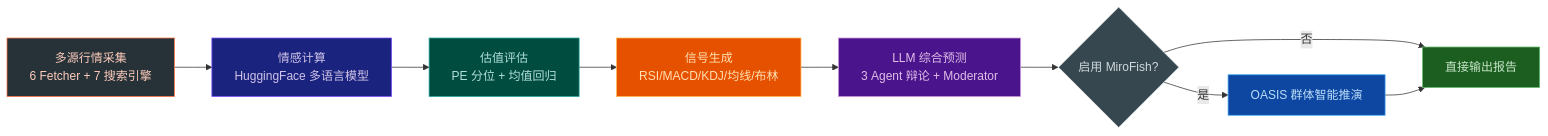
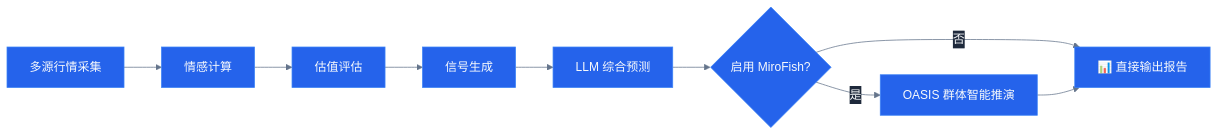
The second of 2 diagrams in README.md (freenowill/stock-fish), drawn with Mermaid before and after one commit. The commit also changed other lines of this file, not shown here.

First line of the commit message:
fix: improve flowchart theme, inline video playback, center layout

````diff
--- a/README.md
+++ b/README.md
@@ -23,20 +26,12 @@
 ```mermaid
+%%{init: {'theme': 'base', 'themeVariables': { 'primaryColor': '#2563eb', 'primaryTextColor': '#f8fafc', 'primaryBorderColor': '#3b82f6', 'lineColor': '#64748b', 'secondaryColor': '#1e293b', 'tertiaryColor': '#334155'}}}%%
 flowchart LR
-  A[多源行情采集<br/>6 Fetcher + 7 搜索引擎] --> B[情感计算<br/>HuggingFace 多语言模型]
-  B --> C[估值评估<br/>PE 分位 + 均值回归]
-  C --> D[信号生成<br/>RSI/MACD/KDJ/均线/布林]
-  D --> E[LLM 综合预测<br/>3 Agent 辩论 + Moderator]
+  A[多源行情采集] --> B[情感计算]
+  B --> C[估值评估]
+  C --> D[信号生成]
+  D --> E[LLM 综合预测]
   E --> F{启用 MiroFish?}
   F -->|是| G[OASIS 群体智能推演]
-  F -->|否| H[直接输出报告]
+  F -->|否| H[📊 直接输出报告]
   G --> H
-
-  style A fill:#263238,stroke:#ff7043,color:#ffccbc
-  style B fill:#1a237e,stroke:#7c4dff,color:#d1c4e9
-  style C fill:#004d40,stroke:#26a69a,color:#b2dfdb
-  style D fill:#e65100,stroke:#ffb74d,color:#ffe0b2
-  style E fill:#4a148c,stroke:#ce93d8,color:#e1bee7
-  style F fill:#37474f,stroke:#eceff1,color:#cfd8dc
-  style G fill:#0d47a1,stroke:#42a5f5,color:#bbdefb
-  style H fill:#1b5e20,stroke:#66bb6a,color:#c8e6c9
 ```
````
